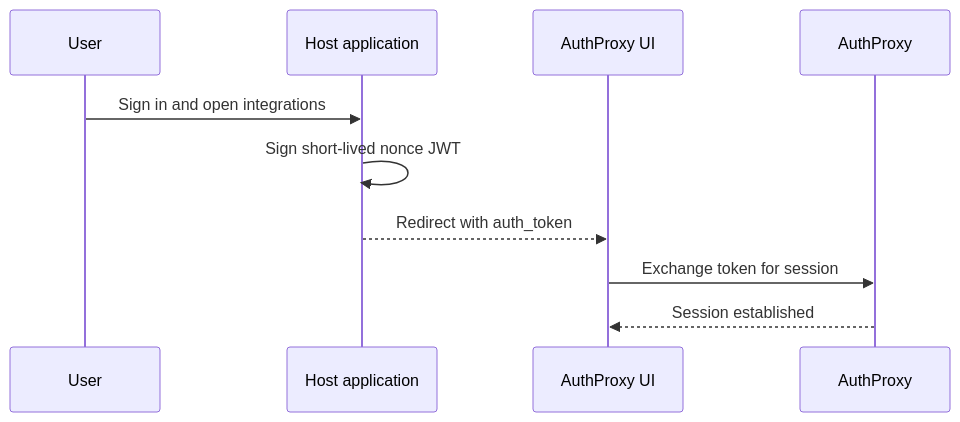
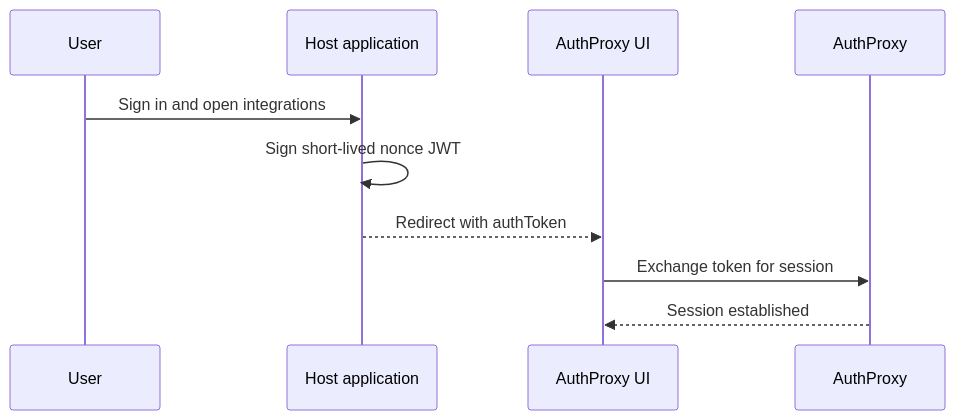
Before and after one commit to rmorlok/authproxy: the second of 2 diagrams in README.md, drawn with Mermaid. The commit also changed 23 other files, not shown here.

````diff
--- a/README.md
+++ b/README.md
@@ -64,13 +64,13 @@
 ```mermaid
 sequenceDiagram
     participant User
     participant Host as Host application
     participant UI as AuthProxy UI
     participant AP as AuthProxy
 
     User->>Host: Sign in and open integrations
     Host->>Host: Sign short-lived nonce JWT
-    Host-->>UI: Redirect with auth_token
+    Host-->>UI: Redirect with authToken
     UI->>AP: Exchange token for session
     AP-->>UI: Session established
 ```
````
